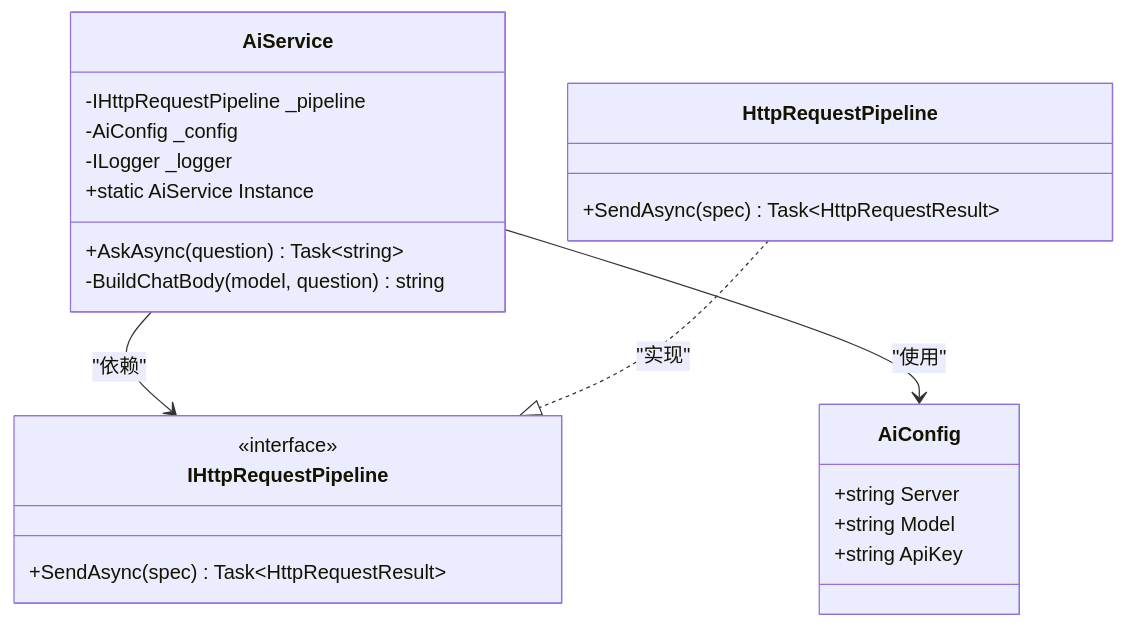
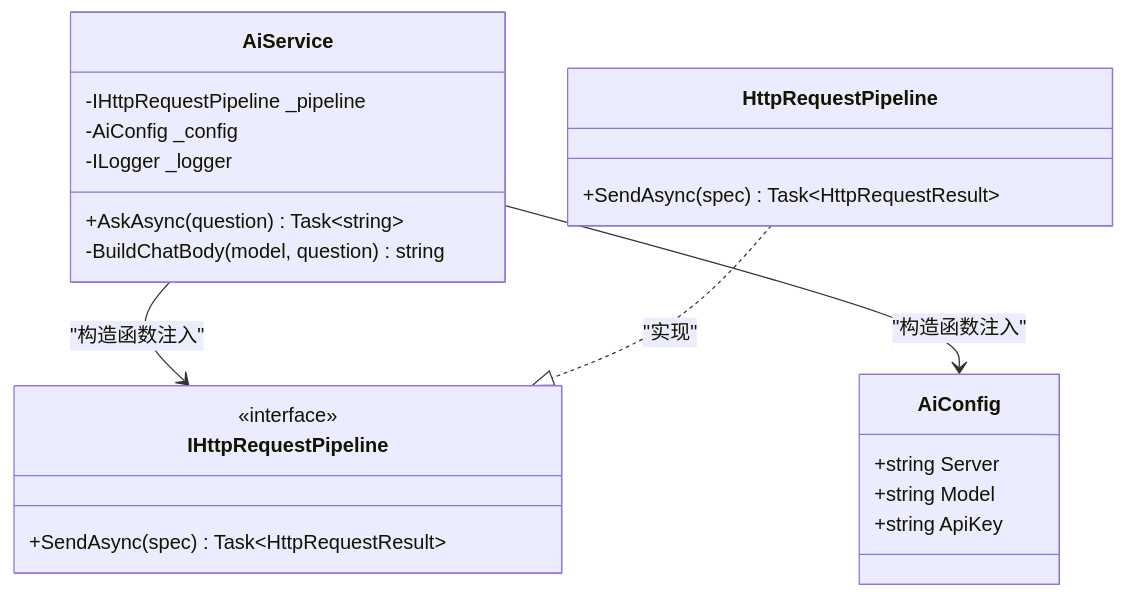
The second of 6 diagrams in .qoder/repowiki/zh/content/工具库详解/AI服务.md (Sosososolong/AirGo), drawn with Mermaid before and after one commit. The commit also changed other lines of this file and 13 other files, not shown here.

````diff
--- a/.qoder/repowiki/zh/content/工具库详解/AI服务.md
+++ b/.qoder/repowiki/zh/content/工具库详解/AI服务.md
@@ -84,26 +92,25 @@
 ```mermaid
 classDiagram
 class AiService {
 -IHttpRequestPipeline _pipeline
 -AiConfig _config
 -ILogger _logger
-+static AiService Instance
 +AskAsync(question) Task~string~
 -BuildChatBody(model, question) string
 }
 class AiConfig {
 +string Server
 +string Model
 +string ApiKey
 }
 class IHttpRequestPipeline {
 <<interface>>
 +SendAsync(spec) Task~HttpRequestResult~
 }
 class HttpRequestPipeline {
 +SendAsync(spec) Task~HttpRequestResult~
 }
-AiService --> IHttpRequestPipeline : "依赖"
-AiService --> AiConfig : "使用"
+AiService --> IHttpRequestPipeline : "构造函数注入"
+AiService --> AiConfig : "构造函数注入"
 HttpRequestPipeline ..|> IHttpRequestPipeline : "实现"
 ```
````
